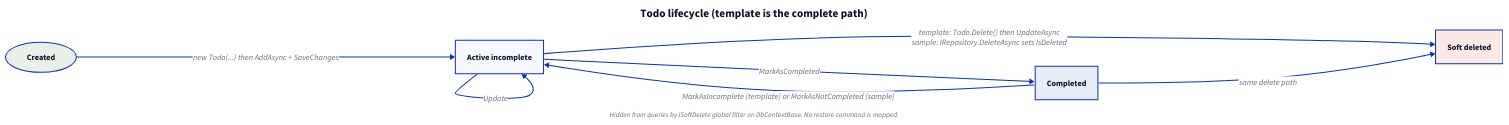
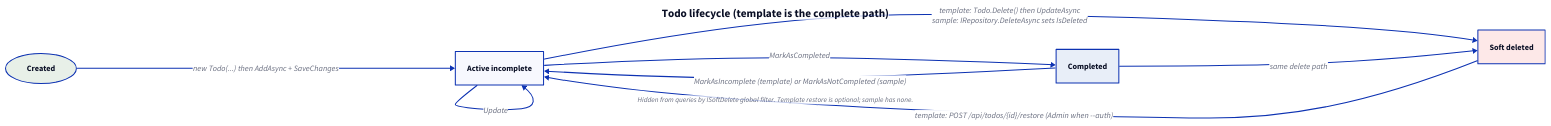
Before and after one commit to abdebek/MinimalCleanArch: the diagram in docs/diagrams/lifecycle.d2, drawn with D2. The commit also changed 3 other files, not shown here.

```diff
--- a/docs/diagrams/lifecycle.d2
+++ b/docs/diagrams/lifecycle.d2
@@ -1,41 +1,42 @@
 direction: right
 
 title: "Todo lifecycle (template is the complete path)" {
   near: top-center
   shape: text
   style.font-size: 22
   style.bold: true
 }
 
 created: Created {
   shape: oval
   style.fill: "#e8f0e8"
 }
 
 active: Active incomplete {
   shape: rectangle
 }
 
 completed: Completed {
   shape: rectangle
   style.fill: "#e8eef8"
 }
 
 soft_deleted: Soft deleted {
   shape: rectangle
   style.fill: "#fde8e8"
 }
 
 created -> active: "new Todo(...) then AddAsync + SaveChanges"
 active -> active: Update
 active -> completed: MarkAsCompleted
 completed -> active: "MarkAsIncomplete (template) or MarkAsNotCompleted (sample)"
 active -> soft_deleted: "template: Todo.Delete() then UpdateAsync\nsample: IRepository.DeleteAsync sets IsDeleted"
 completed -> soft_deleted: same delete path
+soft_deleted -> active: "template: POST /api/todos/{id}/restore (Admin when --auth)"
 
-note: "Hidden from queries by ISoftDelete global filter on DbContextBase. No restore command is mapped." {
+note: "Hidden from queries by ISoftDelete global filter. Template restore is optional; sample has none." {
   near: bottom-center
   shape: text
   style.font-size: 14
   style.italic: true
 }
```
